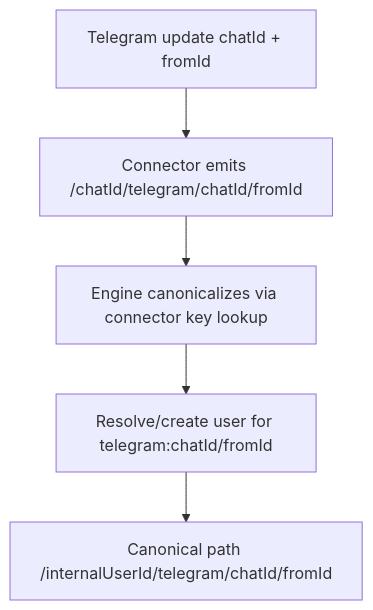
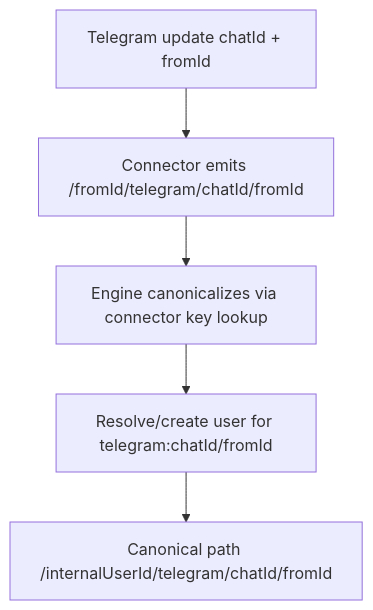
The first of 2 diagrams in doc/20260301-telegram-channel-user-path-routing.md (ex3ndr/daycare), drawn with Mermaid before and after one commit. The commit also changed other lines of this file and 3 other files, not shown here.

````diff
--- a/doc/20260301-telegram-channel-user-path-routing.md
+++ b/doc/20260301-telegram-channel-user-path-routing.md
@@ -13,7 +13,7 @@
 ```mermaid
 flowchart TD
-    A[Telegram update chatId + fromId] --> B[Connector emits /chatId/telegram/chatId/fromId]
+    A[Telegram update chatId + fromId] --> B[Connector emits /fromId/telegram/chatId/fromId]
     B --> C[Engine canonicalizes via connector key lookup]
     C --> D[Resolve/create user for telegram:chatId/fromId]
     D --> E[Canonical path /internalUserId/telegram/chatId/fromId]
 ```
````
